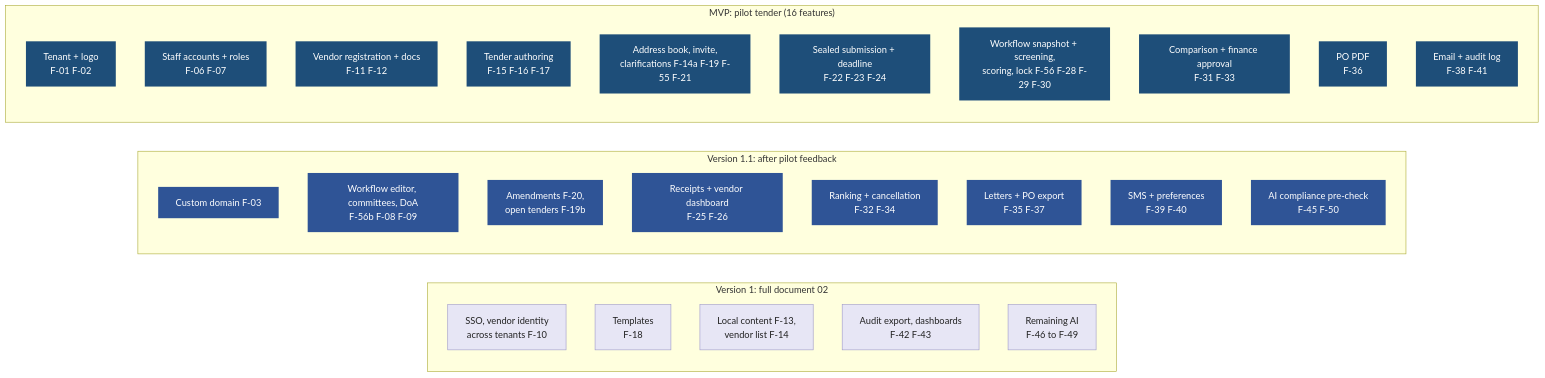
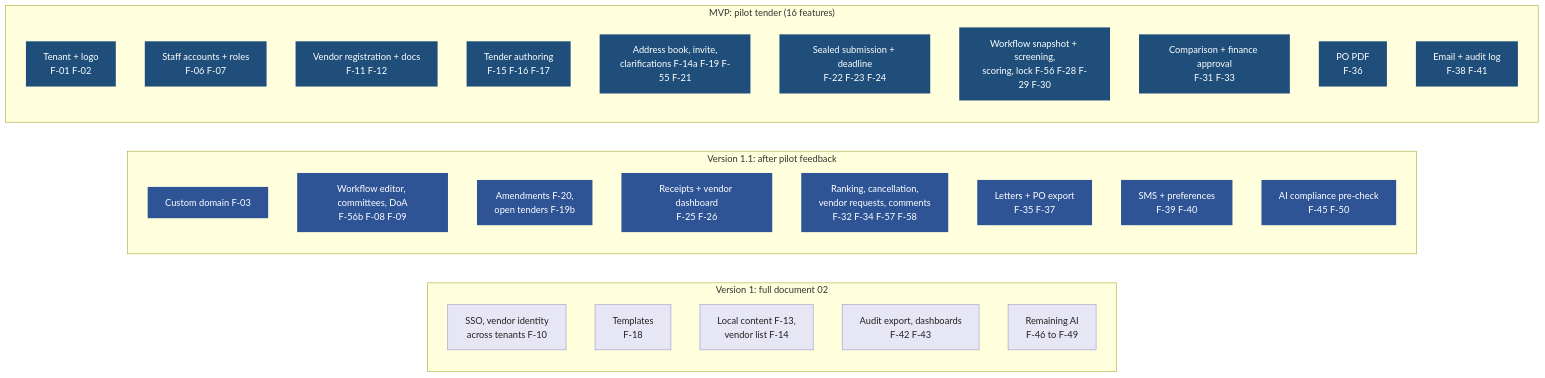
The first of 2 diagrams in docs/05-mvp-scope.md (AhmedAssaf/ERP), drawn with Mermaid before and after one commit. The commit also changed other lines of this file and 27 other files, not shown here.

First line of the commit message:
Add F-57 vendor information requests and F-58 internal comment threads

````diff
--- a/docs/05-mvp-scope.md
+++ b/docs/05-mvp-scope.md
@@ -17,41 +17,41 @@
 ```mermaid
 flowchart LR
     classDef mvp fill:#1E4E79,color:#fff,stroke:none
     classDef next fill:#2F5496,color:#fff,stroke:none
     classDef v1 fill:#E7E6F5,color:#222,stroke:#9B96C9
 
     subgraph R3["Version 1: full document 02"]
         direction TB
         C1[SSO, vendor identity<br/>across tenants F-10]:::v1
         C2[Templates<br/>F-18]:::v1
         C3[Local content F-13,<br/>vendor list F-14]:::v1
         C4[Audit export, dashboards<br/>F-42 F-43]:::v1
         C5[Remaining AI<br/>F-46 to F-49]:::v1
     end
 
     subgraph R2["Version 1.1: after pilot feedback"]
         direction TB
         B1[Custom domain F-03]:::next
         B2[Workflow editor, committees, DoA<br/>F-56b F-08 F-09]:::next
         B3[Amendments F-20,<br/>open tenders F-19b]:::next
         B4[Receipts + vendor dashboard<br/>F-25 F-26]:::next
-        B5[Ranking + cancellation<br/>F-32 F-34]:::next
+        B5[Ranking, cancellation,<br/>vendor requests, comments<br/>F-32 F-34 F-57 F-58]:::next
         B6[Letters + PO export<br/>F-35 F-37]:::next
         B7[SMS + preferences<br/>F-39 F-40]:::next
         B8[AI compliance pre-check<br/>F-45 F-50]:::next
     end
 
     subgraph R1["MVP: pilot tender (16 features)"]
         direction TB
         A1[Tenant + logo<br/>F-01 F-02]:::mvp
         A2[Staff accounts + roles<br/>F-06 F-07]:::mvp
         A3[Vendor registration + docs<br/>F-11 F-12]:::mvp
         A4[Tender authoring<br/>F-15 F-16 F-17]:::mvp
         A5[Address book, invite,<br/>clarifications F-14a F-19 F-55 F-21]:::mvp
         A6[Sealed submission + deadline<br/>F-22 F-23 F-24]:::mvp
         A7[Workflow snapshot + screening,<br/>scoring, lock F-56 F-28 F-29 F-30]:::mvp
         A8[Comparison + finance approval<br/>F-31 F-33]:::mvp
         A9[PO PDF<br/>F-36]:::mvp
         A10[Email + audit log<br/>F-38 F-41]:::mvp
     end
 ```
````
